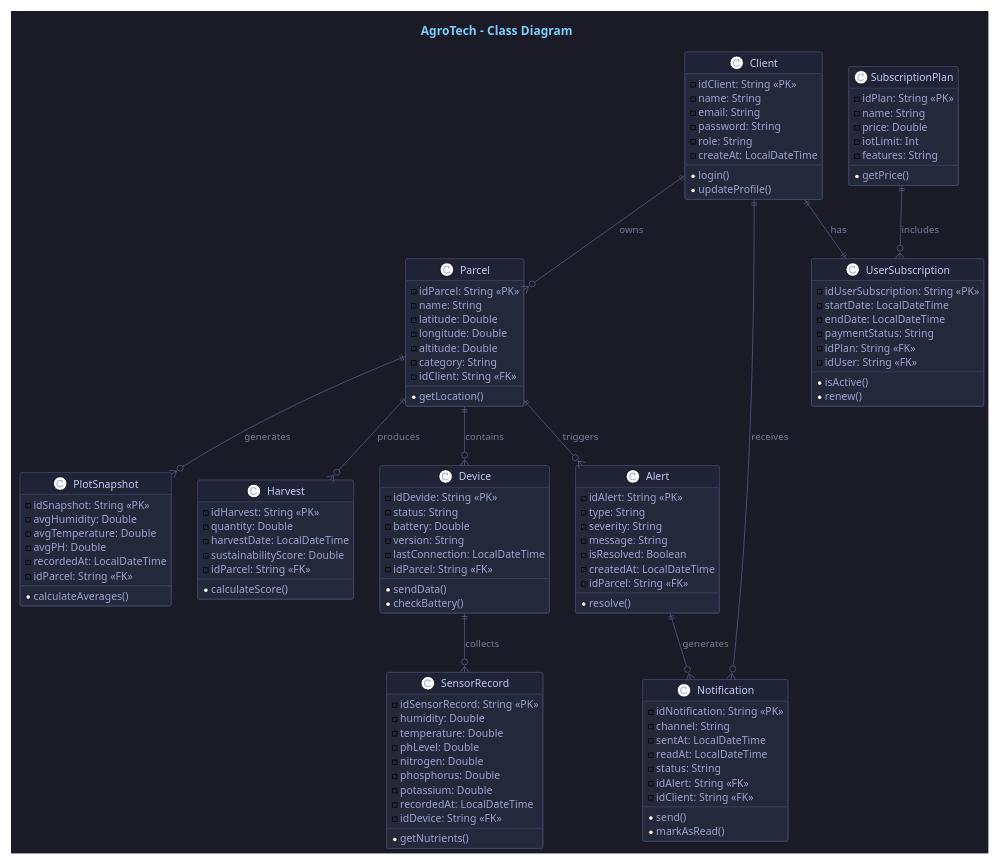
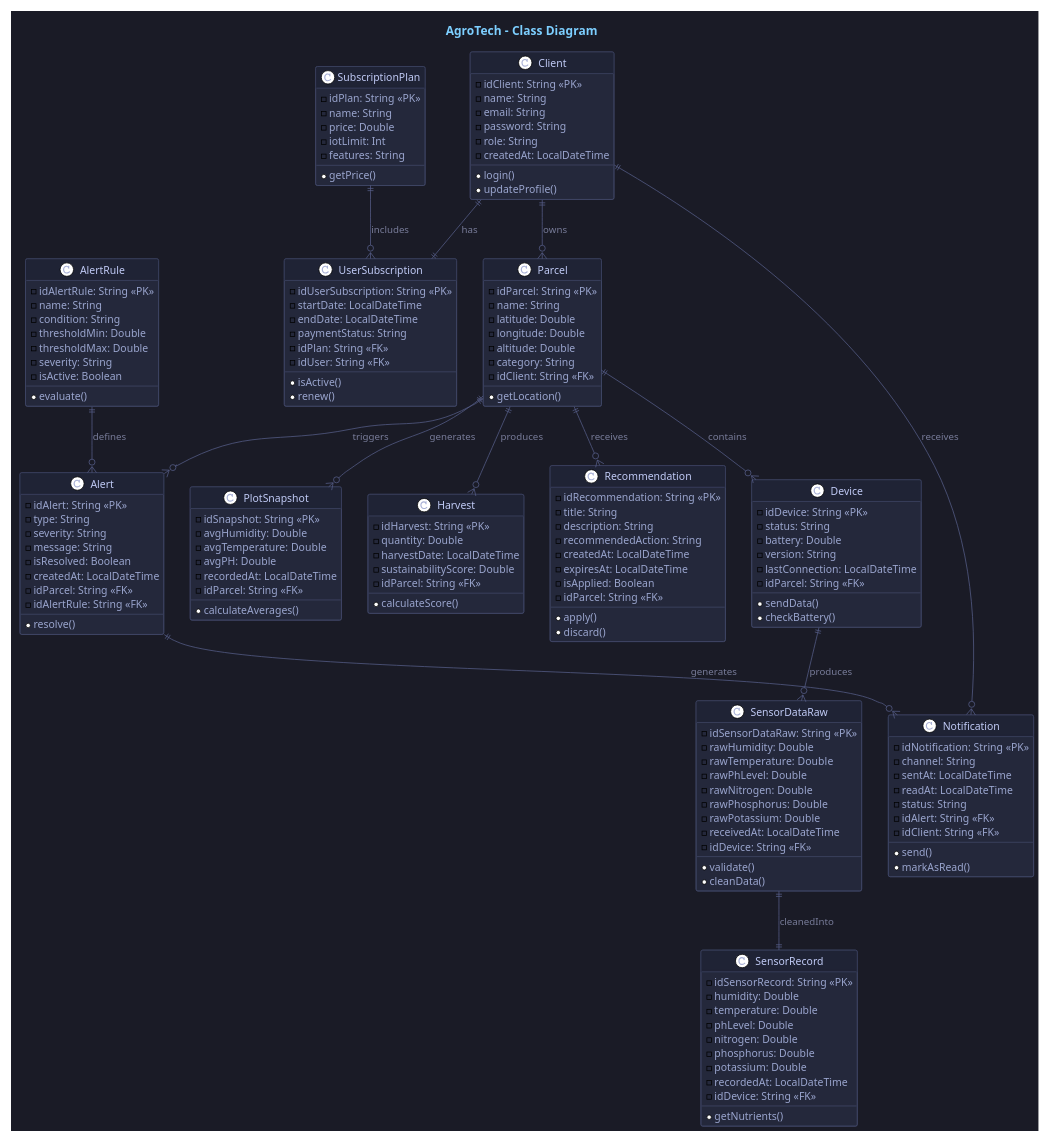
One commit to 1ASI0730-10215-NovaTech-TerraTech/upc-pre-202610-1asi0730-10215-NovaTech-report changed the diagram in report/47-class-diagrams.md. Above: the diagram before and after it, drawn with PlantUML. The commit also changed other lines of this file and 2 other files, not shown here.

Commit message:
docs: update system architecture diagrams

```diff
--- a/report/47-class-diagrams.md
+++ b/report/47-class-diagrams.md
@@ -49,7 +49,7 @@
     - email: String
     - password: String
     - role: String
-    - createAt: LocalDateTime
+    - createdAt: LocalDateTime
     --
     + login()
     + updateProfile()
@@ -91,7 +91,7 @@
 }
 
 class Device {
-    - idDevide: String <<PK>>
+    - idDevice: String <<PK>>
     - status: String
     - battery: Double
     - version: String
@@ -100,6 +100,22 @@
     --
     + sendData()
     + checkBattery()
+}
+
+' ==================== RAW SENSOR DATA ====================
+class SensorDataRaw {
+    - idSensorDataRaw: String <<PK>>
+    - rawHumidity: Double
+    - rawTemperature: Double
+    - rawPhLevel: Double
+    - rawNitrogen: Double
+    - rawPhosphorus: Double
+    - rawPotassium: Double
+    - receivedAt: LocalDateTime
+    - idDevice: String <<FK>>
+    --
+    + validate()
+    + cleanData()
 }
 
 ' ==================== ANALYTICS LAYER ====================
@@ -140,6 +156,18 @@
 }
 
 ' ==================== ALERTS ====================
+class AlertRule {
+    - idAlertRule: String <<PK>>
+    - name: String
+    - condition: String
+    - thresholdMin: Double
+    - thresholdMax: Double
+    - severity: String
+    - isActive: Boolean
+    --
+    + evaluate()
+}
+
 class Alert {
     - idAlert: String <<PK>>
     - type: String
@@ -148,6 +176,7 @@
     - isResolved: Boolean
     - createdAt: LocalDateTime
     - idParcel: String <<FK>>
+    - idAlertRule: String <<FK>>
     --
     + resolve()
 }
@@ -165,6 +194,21 @@
     + markAsRead()
 }
 
+' ==================== RECOMMENDATIONS ====================
+class Recommendation {
+    - idRecommendation: String <<PK>>
+    - title: String
+    - description: String
+    - recommendedAction: String
+    - createdAt: LocalDateTime
+    - expiresAt: LocalDateTime
+    - isApplied: Boolean
+    - idParcel: String <<FK>>
+    --
+    + apply()
+    + discard()
+}
+
 ' ==================== RELATIONSHIPS ====================
 Client ||--o{ Parcel : owns
 Client ||--|| UserSubscription : has
@@ -176,9 +220,12 @@
 Parcel ||--o{ PlotSnapshot : generates
 Parcel ||--o{ Harvest : produces
 Parcel ||--o{ Alert : triggers
+Parcel ||--o{ Recommendation : receives
 
-Device ||--o{ SensorRecord : collects
+Device ||--o{ SensorDataRaw : produces
+SensorDataRaw ||--|| SensorRecord : cleanedInto
 
+AlertRule ||--o{ Alert : defines
 Alert ||--o{ Notification : generates
 
 @enduml
```
